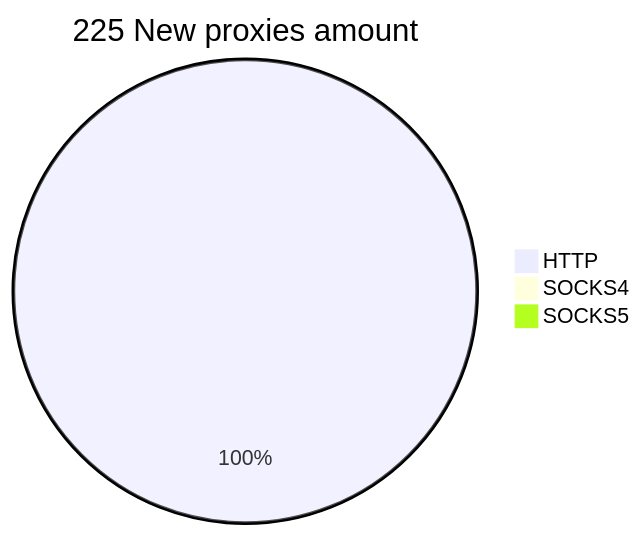
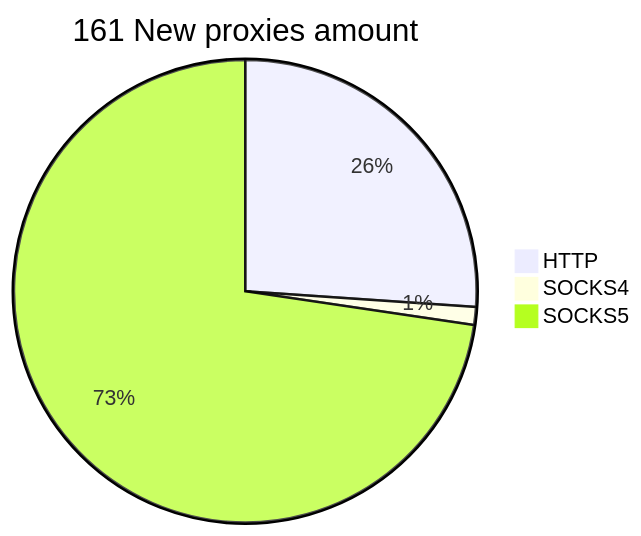
One commit to cutipu/proxylist changed the second of 2 diagrams in README.md. Above: the diagram before and after it, drawn with Mermaid. The commit also changed other lines of this file, not shown here.

````diff
--- a/README.md
+++ b/README.md
@@ -10,6 +10,6 @@
 ```mermaid
-pie title 225 New proxies amount
-    "HTTP" : 225
-    "SOCKS4" : 0
-    "SOCKS5" : 0
+pie title 161 New proxies amount
+    "HTTP" : 42
+    "SOCKS4" : 2
+    "SOCKS5" : 117
 ```
````
